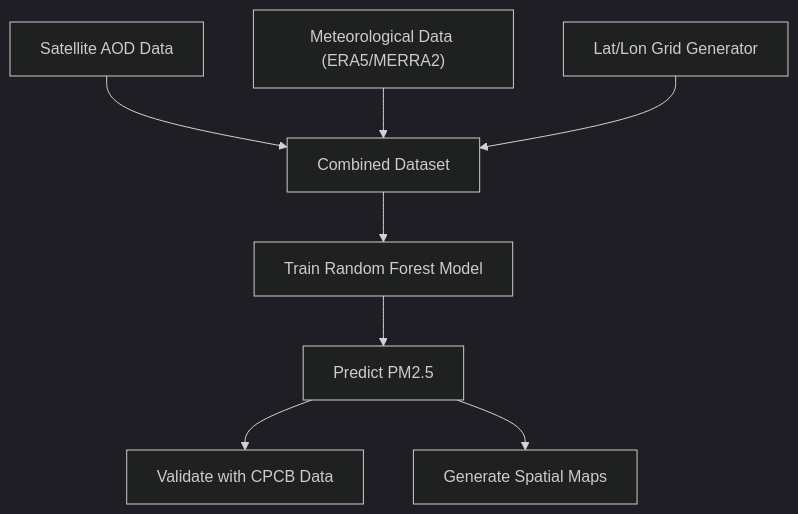
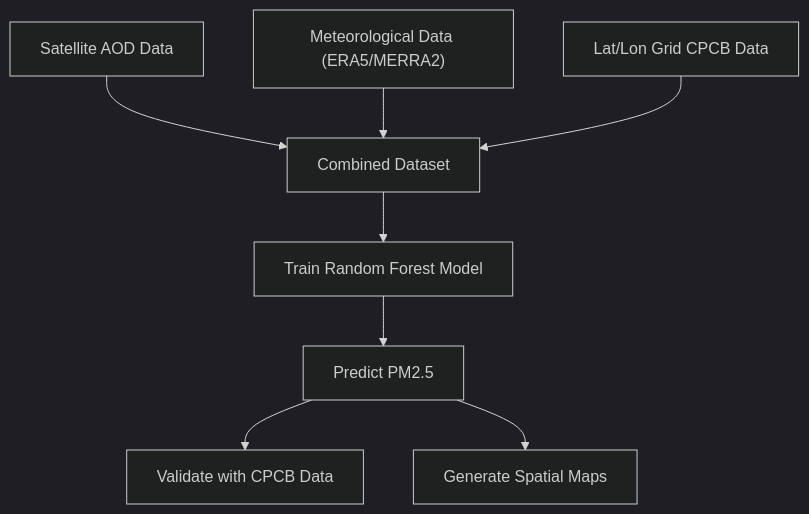
Before and after one commit to pSahoo-456/ISRO-Hackthon-2025: the diagram in readme.md, drawn with Mermaid (dark theme).

````diff
--- a/readme.md
+++ b/readme.md
@@ -48,20 +48,20 @@
 ```mermaid
 graph TD;
     AOD["Satellite AOD Data"]
     Weather["Meteorological Data (ERA5/MERRA2)"]
-    Grid["Lat/Lon Grid Generator"]
+    Grid["Lat/Lon Grid CPCB Data"]
     Dataset["Combined Dataset"]
     Model["Train Random Forest Model"]
     Predict["Predict PM2.5"]
     Validate["Validate with CPCB Data"]
     Map["Generate Spatial Maps"]
 
     AOD --> Dataset
     Weather --> Dataset
     Grid --> Dataset
     Dataset --> Model
     Model --> Predict
     Predict --> Validate
     Predict --> Map
 
 ```
````
